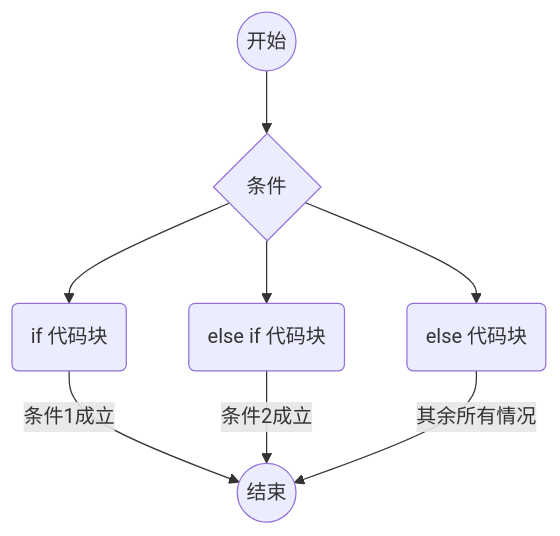
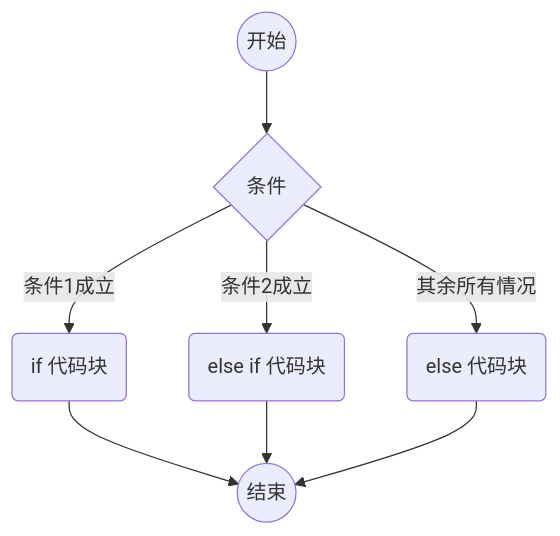
One commit to NsATHUV/Library changed the third of 4 diagrams in C语言笔记/分支结构/if语句.md. Above: the diagram before and after it, drawn with Mermaid. The commit also changed other lines of this file and 36 other files, not shown here.

````diff
--- a/C语言笔记/分支结构/if语句.md
+++ b/C语言笔记/分支结构/if语句.md
@@ -102,11 +102,11 @@
 ```mermaid
 graph TD
 A((开始))-->B{条件}
-B-->C1(if 代码块)
-B-->C2(else if 代码块)
-B-->C3(else 代码块)
-C1-->|条件1成立|E((结束))
-C2-->|条件2成立|E((结束))
-C3-->|其余所有情况|E((结束))
+B-->|条件1成立|C1(if 代码块)
+B-->|条件2成立|C2(else if 代码块)
+B-->|其余所有情况|C3(else 代码块)
+C1-->E((结束))
+C2-->E((结束))
+C3-->E((结束))
 
 ```
````
